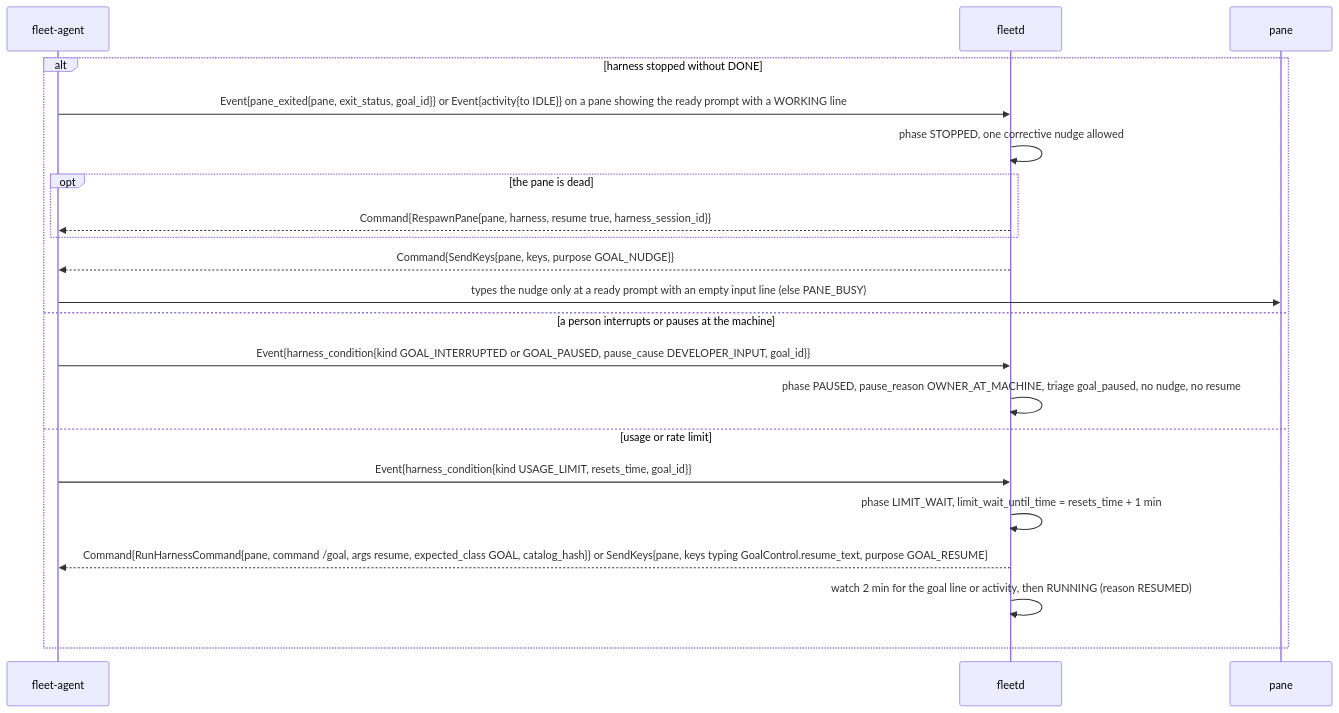
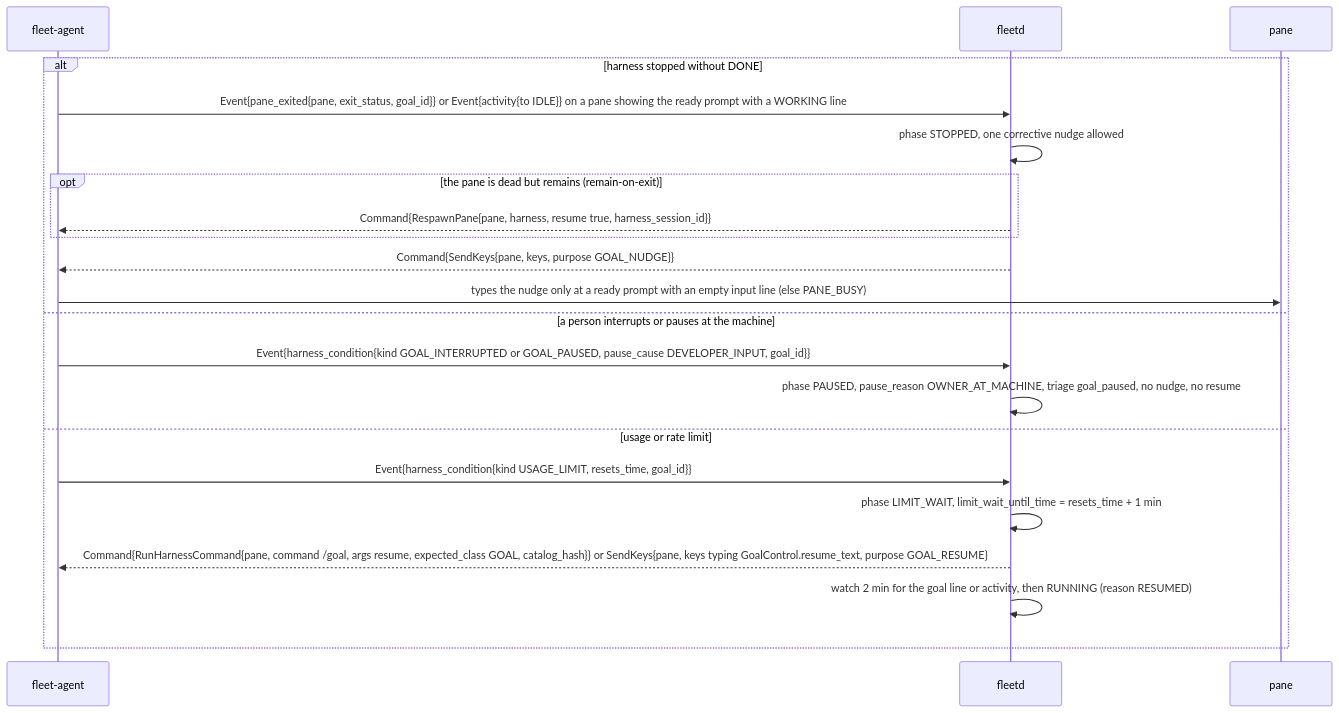
The second of 5 diagrams in docs/flows/agent-hub-4.md (linuxdynasty/fleet-board), drawn with Mermaid before and after one commit. The commit also changed other lines of this file and 48 other files, not shown here.

````diff
--- a/docs/flows/agent-hub-4.md
+++ b/docs/flows/agent-hub-4.md
@@ -65,23 +65,23 @@
 ```mermaid
 sequenceDiagram
   participant A as fleet-agent
   participant H as fleetd
   participant T as pane
   alt harness stopped without DONE
     A->>H: Event{pane_exited{pane, exit_status, goal_id}} or Event{activity{to IDLE}} on a pane showing the ready prompt with a WORKING line
     H->>H: phase STOPPED, one corrective nudge allowed
-    opt the pane is dead
+    opt the pane is dead but remains (remain-on-exit)
       H-->>A: Command{RespawnPane{pane, harness, resume true, harness_session_id}}
     end
     H-->>A: Command{SendKeys{pane, keys, purpose GOAL_NUDGE}}
     A->>T: types the nudge only at a ready prompt with an empty input line (else PANE_BUSY)
   else a person interrupts or pauses at the machine
     A->>H: Event{harness_condition{kind GOAL_INTERRUPTED or GOAL_PAUSED, pause_cause DEVELOPER_INPUT, goal_id}}
     H->>H: phase PAUSED, pause_reason OWNER_AT_MACHINE, triage goal_paused, no nudge, no resume
   else usage or rate limit
     A->>H: Event{harness_condition{kind USAGE_LIMIT, resets_time, goal_id}}
     H->>H: phase LIMIT_WAIT, limit_wait_until_time = resets_time + 1 min
     H-->>A: Command{RunHarnessCommand{pane, command /goal, args resume, expected_class GOAL, catalog_hash}} or SendKeys{pane, keys typing GoalControl.resume_text, purpose GOAL_RESUME}
     H->>H: watch 2 min for the goal line or activity, then RUNNING (reason RESUMED)
   end
 ```
````
